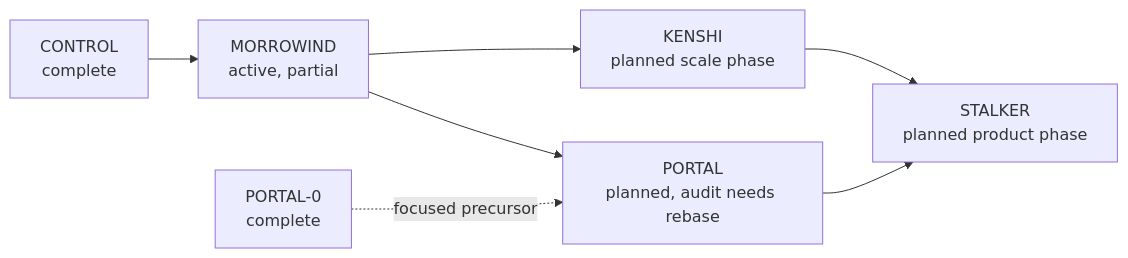
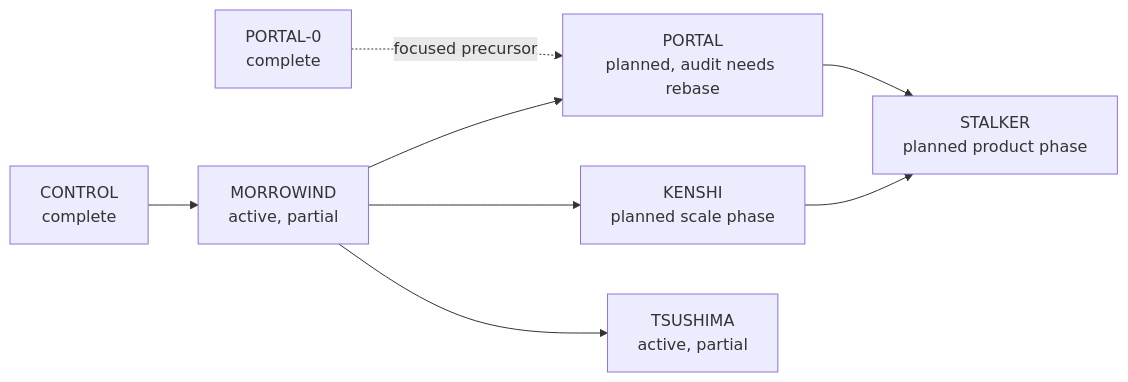
The diagram in dev records/README.md (ReanSchwarzer1/SomniumEngine), drawn with Mermaid before and after one commit. The commit also changed other lines of this file and 4 other files, not shown here.

````diff
--- a/dev records/README.md
+++ b/dev records/README.md
@@ -36,9 +36,10 @@
 ```mermaid
 flowchart LR
     CONTROL["CONTROL<br/>complete"] --> MORROWIND["MORROWIND<br/>active, partial"]
     MORROWIND --> KENSHI["KENSHI<br/>planned scale phase"]
     MORROWIND --> PORTAL["PORTAL<br/>planned, audit needs rebase"]
+    MORROWIND --> TSUSHIMA["TSUSHIMA<br/>active, partial"]
     KENSHI --> STALKER["STALKER<br/>planned product phase"]
     PORTAL --> STALKER
     P0["PORTAL-0<br/>complete"] -. focused precursor .-> PORTAL
 ```
````
